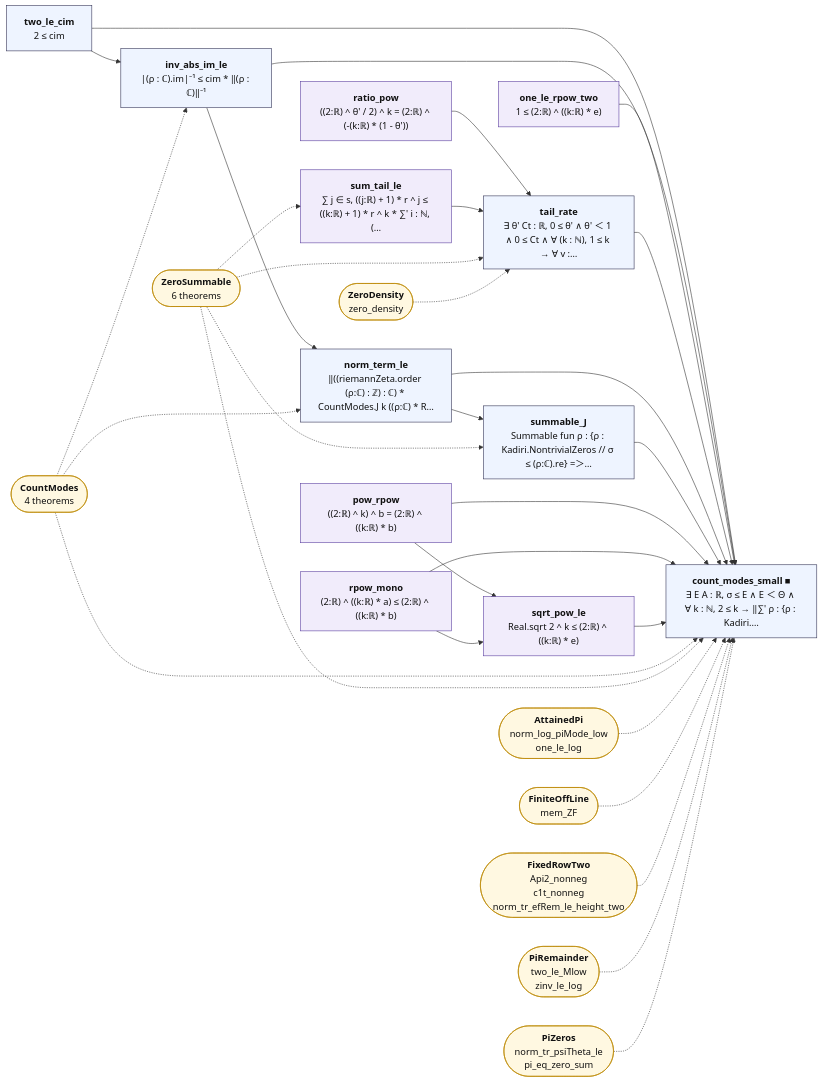
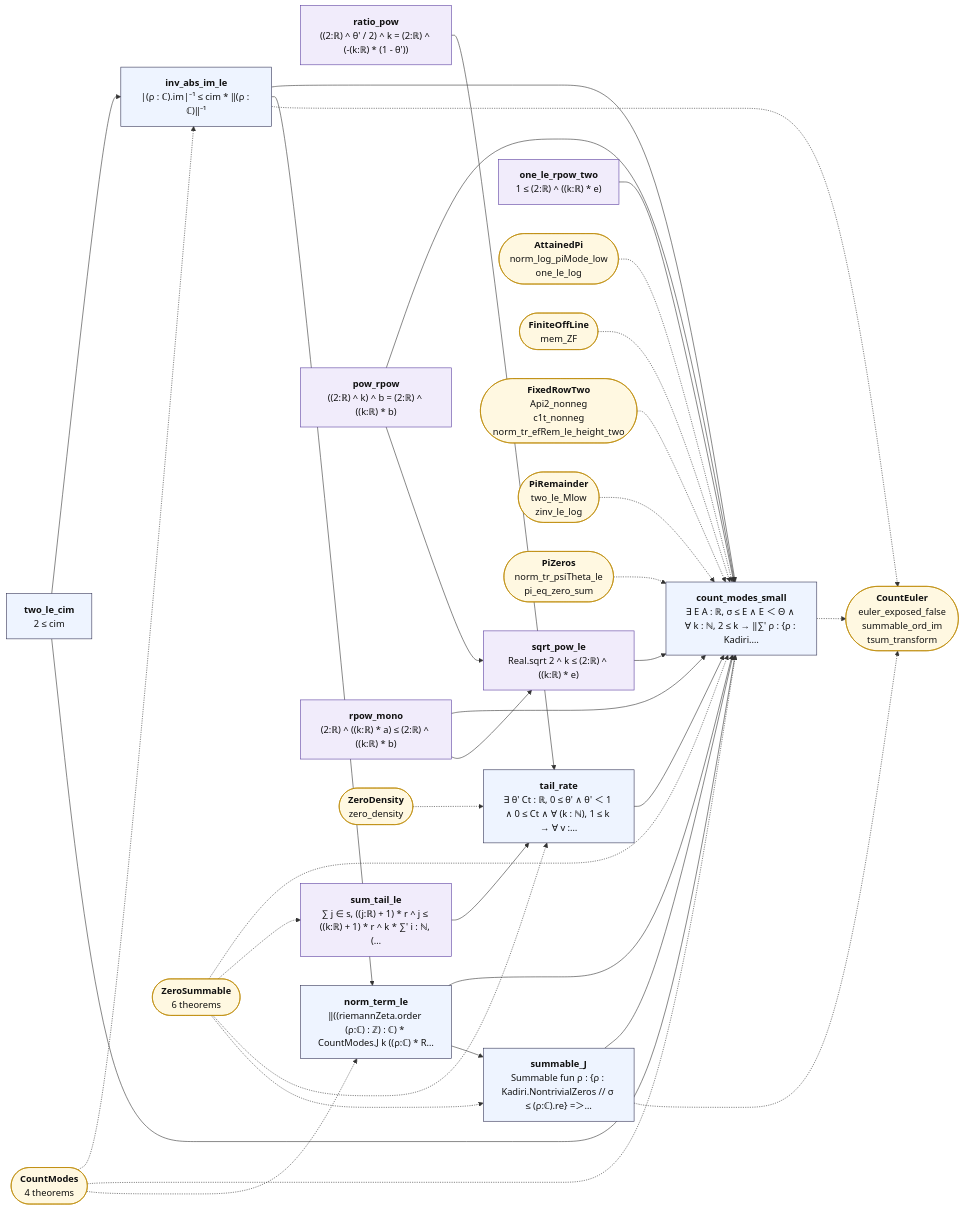
One commit to juliansambranojr/Primebeat_081426 changed the diagram in map/lean_stage3/CountReduction.mmd. Above: the diagram before and after it, drawn with Mermaid. The commit also changed 39 other files, not shown here.

First line of the commit message:
Block N3-E: on the count's ladder no mode lies strictly outside a disc holding the others (unit 0471)

```diff
--- a/map/lean_stage3/CountReduction.mmd
+++ b/map/lean_stage3/CountReduction.mmd
@@ -1,58 +1,62 @@
 flowchart LR
   n0["<b>two_le_cim</b><br/>2 ≤ cim"]:::thm
   n1["<b>inv_abs_im_le</b><br/>|(ρ : ℂ).im|⁻¹ ≤ cim * ‖(ρ : ℂ)‖⁻¹"]:::thm
   n2["<b>ratio_pow</b><br/>((2:ℝ) ^ θ' / 2) ^ k = (2:ℝ) ^ (-(k:ℝ) * (1 - θ'))"]:::shp
   n3["<b>sum_tail_le</b><br/>∑ j ∈ s, ((j:ℝ) + 1) * r ^ j ≤ ((k:ℝ) + 1) * r ^ k * ∑' i : ℕ, (…"]:::shp
   n4["<b>tail_rate</b><br/>∃ θ' Ct : ℝ, 0 ≤ θ' ∧ θ' ＜ 1 ∧ 0 ≤ Ct ∧ ∀ (k : ℕ), 1 ≤ k → ∀ v :…"]:::thm
   n5["<b>norm_term_le</b><br/>‖((riemannZeta.order (ρ:ℂ) : ℤ) : ℂ) * CountModes.J k ((ρ:ℂ) * R…"]:::thm
   n6["<b>summable_J</b><br/>Summable fun ρ : {ρ : Kadiri.NontrivialZeros // σ ≤ (ρ:ℂ).re} =＞…"]:::thm
   n7["<b>pow_rpow</b><br/>((2:ℝ) ^ k) ^ b = (2:ℝ) ^ ((k:ℝ) * b)"]:::shp
   n8["<b>rpow_mono</b><br/>(2:ℝ) ^ ((k:ℝ) * a) ≤ (2:ℝ) ^ ((k:ℝ) * b)"]:::shp
   n9["<b>sqrt_pow_le</b><br/>Real.sqrt 2 ^ k ≤ (2:ℝ) ^ ((k:ℝ) * e)"]:::shp
   n10["<b>one_le_rpow_two</b><br/>1 ≤ (2:ℝ) ^ ((k:ℝ) * e)"]:::shp
-  n11["<b>count_modes_small ■</b><br/>∃ E A : ℝ, σ ≤ E ∧ E ＜ Θ ∧ ∀ k : ℕ, 2 ≤ k → ‖∑' ρ : {ρ : Kadiri.…"]:::thm
+  n11["<b>count_modes_small</b><br/>∃ E A : ℝ, σ ≤ E ∧ E ＜ Θ ∧ ∀ k : ℕ, 2 ≤ k → ‖∑' ρ : {ρ : Kadiri.…"]:::thm
   x0(["<b>CountModes</b><br/>4 theorems"]):::ext
-  x1(["<b>ZeroSummable</b><br/>6 theorems"]):::ext
-  x2(["<b>ZeroDensity</b><br/>zero_density"]):::ext
-  x3(["<b>AttainedPi</b><br/>norm_log_piMode_low<br/>one_le_log"]):::ext
-  x4(["<b>FiniteOffLine</b><br/>mem_ZF"]):::ext
-  x5(["<b>FixedRowTwo</b><br/>Api2_nonneg<br/>c1t_nonneg<br/>norm_tr_efRem_le_height_two"]):::ext
-  x6(["<b>PiRemainder</b><br/>two_le_Mlow<br/>zinv_le_log"]):::ext
-  x7(["<b>PiZeros</b><br/>norm_tr_psiTheta_le<br/>pi_eq_zero_sum"]):::ext
+  x1(["<b>CountEuler</b><br/>euler_exposed_false<br/>summable_ord_im<br/>tsum_transform"]):::ext
+  x2(["<b>ZeroSummable</b><br/>6 theorems"]):::ext
+  x3(["<b>ZeroDensity</b><br/>zero_density"]):::ext
+  x4(["<b>AttainedPi</b><br/>norm_log_piMode_low<br/>one_le_log"]):::ext
+  x5(["<b>FiniteOffLine</b><br/>mem_ZF"]):::ext
+  x6(["<b>FixedRowTwo</b><br/>Api2_nonneg<br/>c1t_nonneg<br/>norm_tr_efRem_le_height_two"]):::ext
+  x7(["<b>PiRemainder</b><br/>two_le_Mlow<br/>zinv_le_log"]):::ext
+  x8(["<b>PiZeros</b><br/>norm_tr_psiTheta_le<br/>pi_eq_zero_sum"]):::ext
   n0 --> n1
   n0 --> n11
   n1 --> n11
   n1 --> n5
   n10 --> n11
   n2 --> n4
   n3 --> n4
   n4 --> n11
   n5 --> n11
   n5 --> n6
   n6 --> n11
   n7 --> n11
   n7 --> n9
   n8 --> n11
   n8 --> n9
   n9 --> n11
+  n1 -.-> x1
+  n11 -.-> x1
+  n6 -.-> x1
   x0 -.-> n1
   x0 -.-> n11
   x0 -.-> n5
-  x1 -.-> n11
-  x1 -.-> n3
-  x1 -.-> n4
-  x1 -.-> n6
+  x2 -.-> n11
+  x2 -.-> n3
   x2 -.-> n4
-  x3 -.-> n11
+  x2 -.-> n6
+  x3 -.-> n4
   x4 -.-> n11
   x5 -.-> n11
   x6 -.-> n11
   x7 -.-> n11
+  x8 -.-> n11
   classDef cnt fill:#dff5ec,stroke:#17694a,color:#111
   classDef shp fill:#f1ecfb,stroke:#5b3fa0,color:#111
   classDef rh fill:#ffe5e5,stroke:#c22,color:#111,stroke-width:2px
   classDef thm fill:#eef4ff,stroke:#335,color:#111
   classDef end_ fill:#e7f7e7,stroke:#2a7,color:#111,stroke-width:2px
   classDef lone fill:#fff,stroke:#999,color:#111,stroke-dasharray:4 3
   classDef bad fill:#ffe5e5,stroke:#c22,color:#111,stroke-width:2px
   classDef ext fill:#fff8e1,stroke:#b80,color:#111
```
